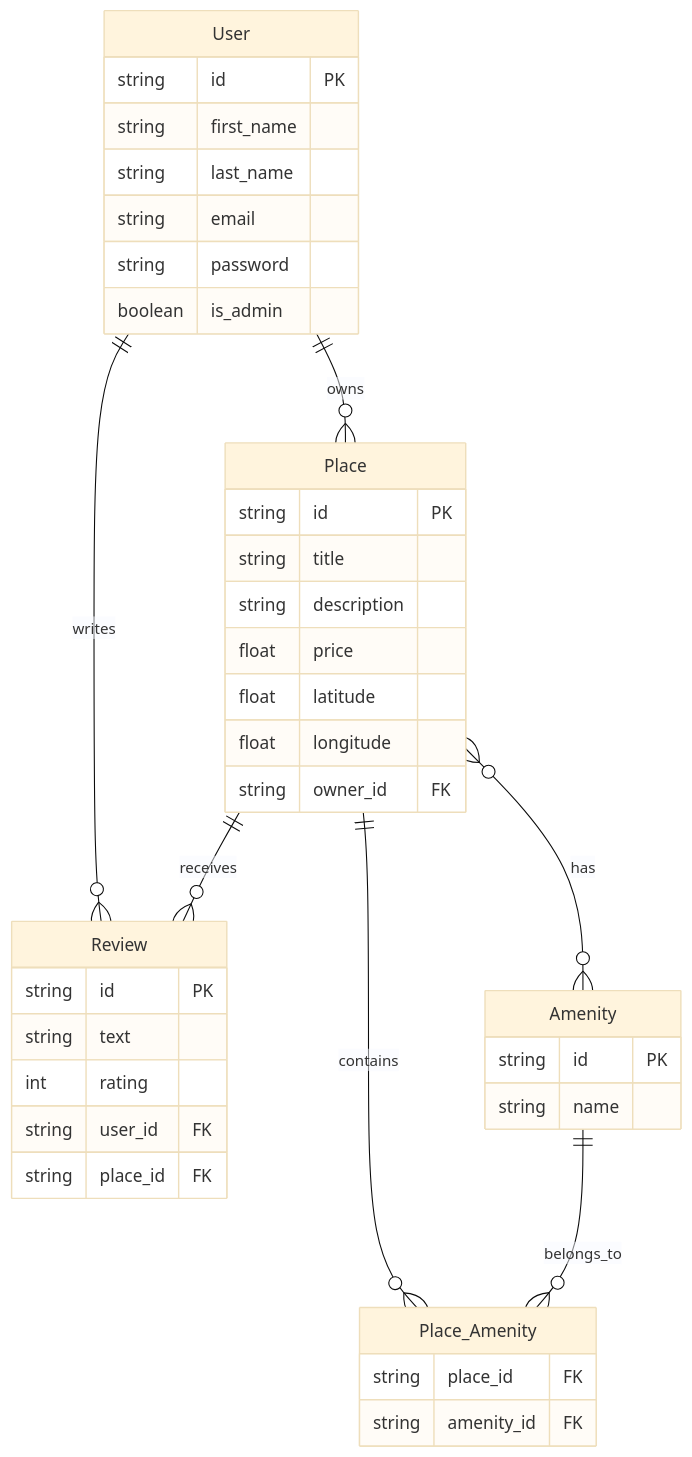
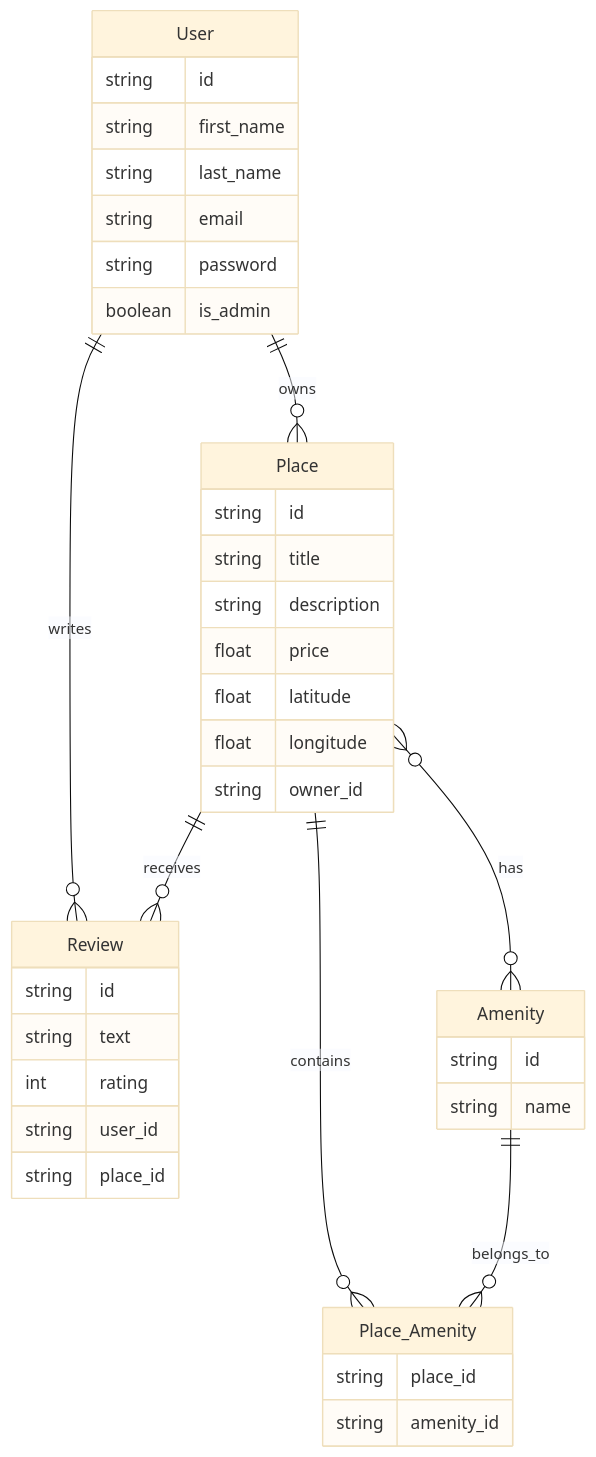
One commit to ahmedguindou/holbertonschool-hbnb changed the diagram in part3/hbnb/README.md. Above: the diagram before and after it, drawn with Mermaid (base theme). The commit also changed other lines of this file, not shown here.

````diff
--- a/part3/hbnb/README.md
+++ b/part3/hbnb/README.md
@@ -45,46 +45,46 @@
 ```mermaid
 erDiagram
     User ||--o{ Place : owns
     User ||--o{ Review : writes
     Place ||--o{ Review : receives
     Place }o--o{ Amenity : has
     Place ||--o{ Place_Amenity : contains
     Amenity ||--o{ Place_Amenity : belongs_to
     
     User {
-        string id PK
+        string id 
         string first_name
         string last_name
         string email
         string password
         boolean is_admin
     }
     
     Place {
-        string id PK
+        string id 
         string title
         string description
         float price
         float latitude
         float longitude
-        string owner_id FK
+        string owner_id 
     }
     
     Review {
-        string id PK
+        string id 
         string text
         int rating
-        string user_id FK
-        string place_id FK
+        string user_id 
+        string place_id 
     }
     
     Amenity {
-        string id PK
+        string id 
         string name
     }
     
     Place_Amenity {
-        string place_id FK
-        string amenity_id FK
+        string place_id 
+        string amenity_id 
     }
 ```
````
